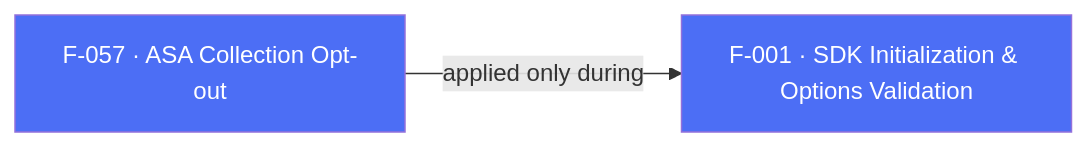
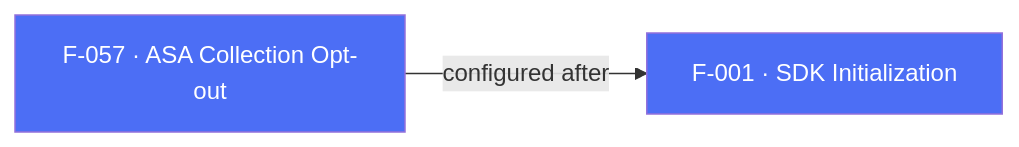
The diagram in internal-docs/features/F-057-asa-collection-optout.md (AppsFlyerSDK/appsflyer-flutter-plugin), drawn with Mermaid before and after one commit. The commit also changed other lines of this file and 101 other files, not shown here.

Commit message:
[DELIVERY-125863] Migrate Flutter plugin to AppsFlyer SDK 7 RPC architecture

````diff
--- a/internal-docs/features/F-057-asa-collection-optout.md
+++ b/internal-docs/features/F-057-asa-collection-optout.md
@@ -72,5 +75,5 @@
 ```mermaid
 flowchart LR
-    F057["F-057 · ASA Collection Opt-out"]:::sdkCore -->|"applied only during"| F001["F-001 · SDK Initialization & Options Validation"]:::sdkCore
+    F057["F-057 · ASA Collection Opt-out"]:::sdkCore -->|"configured after"| F001["F-001 · SDK Initialization"]:::sdkCore
     classDef sdkCore fill:#4C6EF5,color:#fff
 ```
````
